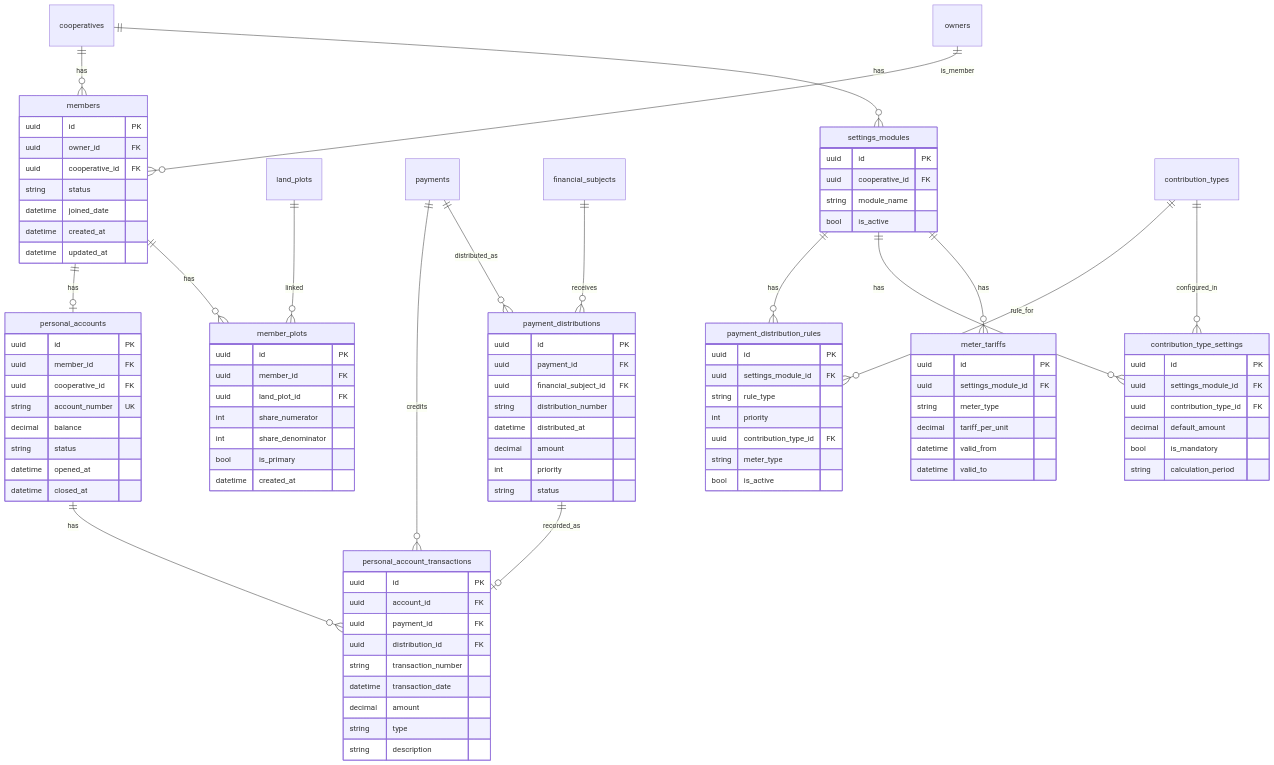
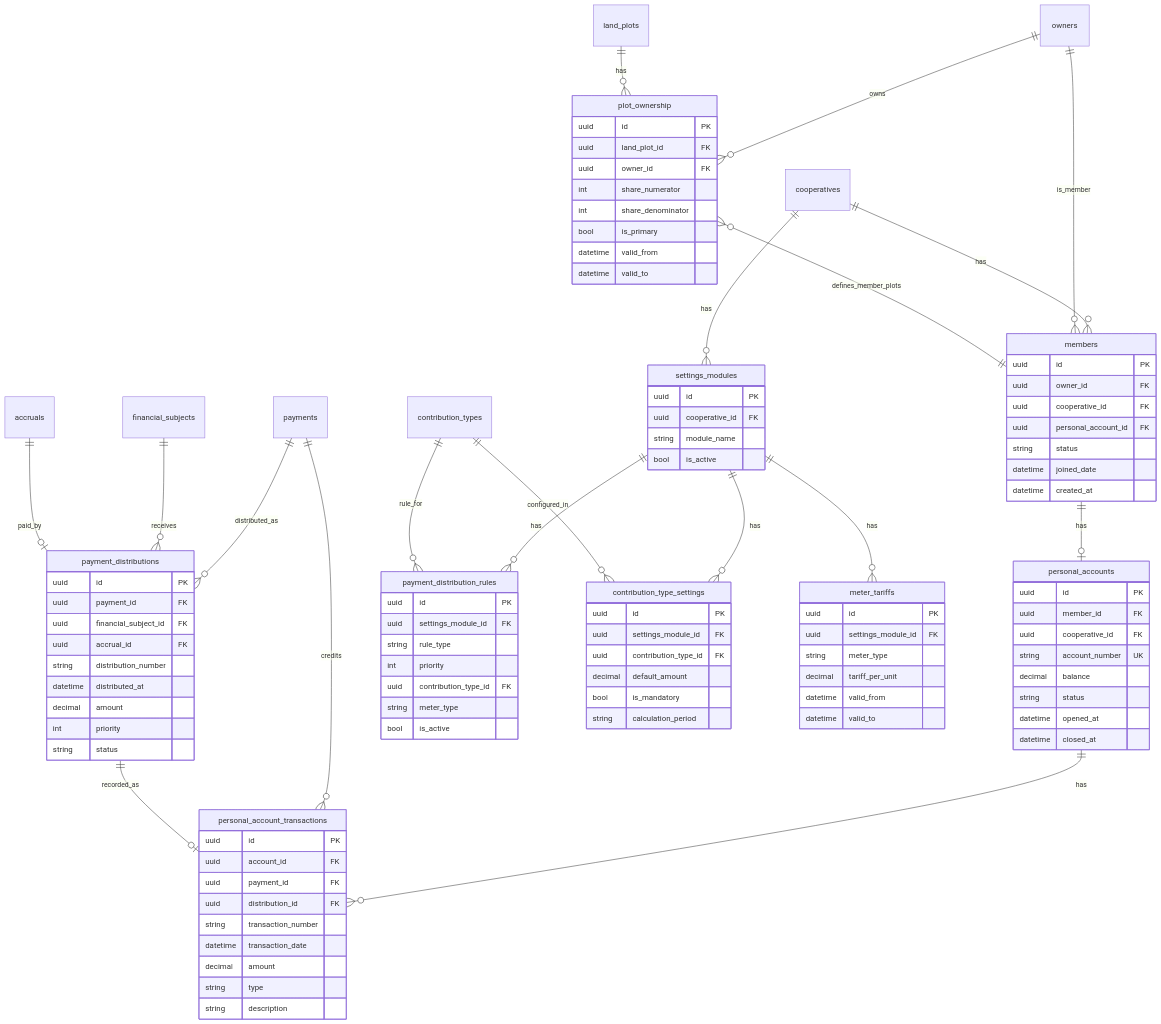
One commit to 6205268-creator/kontrolling changed the diagram in docs/data-model/payment-distribution-erd.md. Above: the diagram before and after it, drawn with Mermaid. The commit also changed other lines of this file and 11 other files, not shown here.

````diff
--- a/docs/data-model/payment-distribution-erd.md
+++ b/docs/data-model/payment-distribution-erd.md
@@ -24,8 +30,10 @@
     cooperatives ||--o{ members : "has"
     owners ||--o{ members : "is_member"
     members ||--o| personal_accounts : "has"
-    members ||--o{ member_plots : "has"
-    land_plots ||--o{ member_plots : "linked"
+    
+    owners ||--o{ plot_ownership : "owns"
+    land_plots ||--o{ plot_ownership : "has"
+    plot_ownership }o--|| members : "defines_member_plots"
 
     personal_accounts ||--o{ personal_account_transactions : "has"
     payments ||--o{ personal_account_transactions : "credits"
@@ -33,6 +41,7 @@
 
     payments ||--o{ payment_distributions : "distributed_as"
     financial_subjects ||--o{ payment_distributions : "receives"
+    accruals ||--o| payment_distributions : "paid_by"
 
     cooperatives ||--o{ settings_modules : "has"
     settings_modules ||--o{ payment_distribution_rules : "has"
@@ -45,19 +54,9 @@
         uuid id PK
         uuid owner_id FK
         uuid cooperative_id FK
+        uuid personal_account_id FK
         string status
         datetime joined_date
-        datetime created_at
-        datetime updated_at
-    }
-
-    member_plots {
-        uuid id PK
-        uuid member_id FK
-        uuid land_plot_id FK
-        int share_numerator
-        int share_denominator
-        bool is_primary
         datetime created_at
     }
 
@@ -88,6 +87,7 @@
         uuid id PK
         uuid payment_id FK
         uuid financial_subject_id FK
+        uuid accrual_id FK
         string distribution_number
         datetime distributed_at
         decimal amount
@@ -129,4 +129,15 @@
         datetime valid_from
         datetime valid_to
     }
+    
+    plot_ownership {
+        uuid id PK
+        uuid land_plot_id FK
+        uuid owner_id FK
+        int share_numerator
+        int share_denominator
+        bool is_primary
+        datetime valid_from
+        datetime valid_to
+    }
 ```
````
